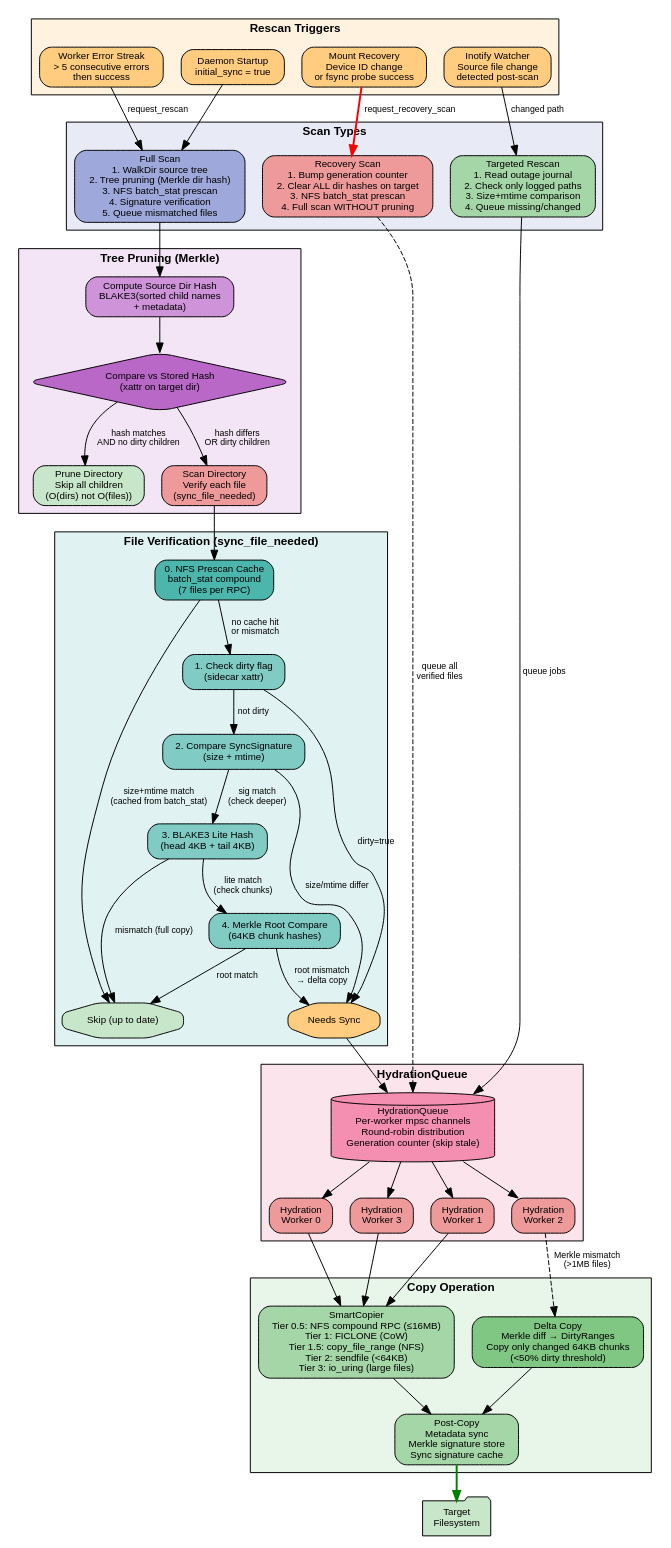
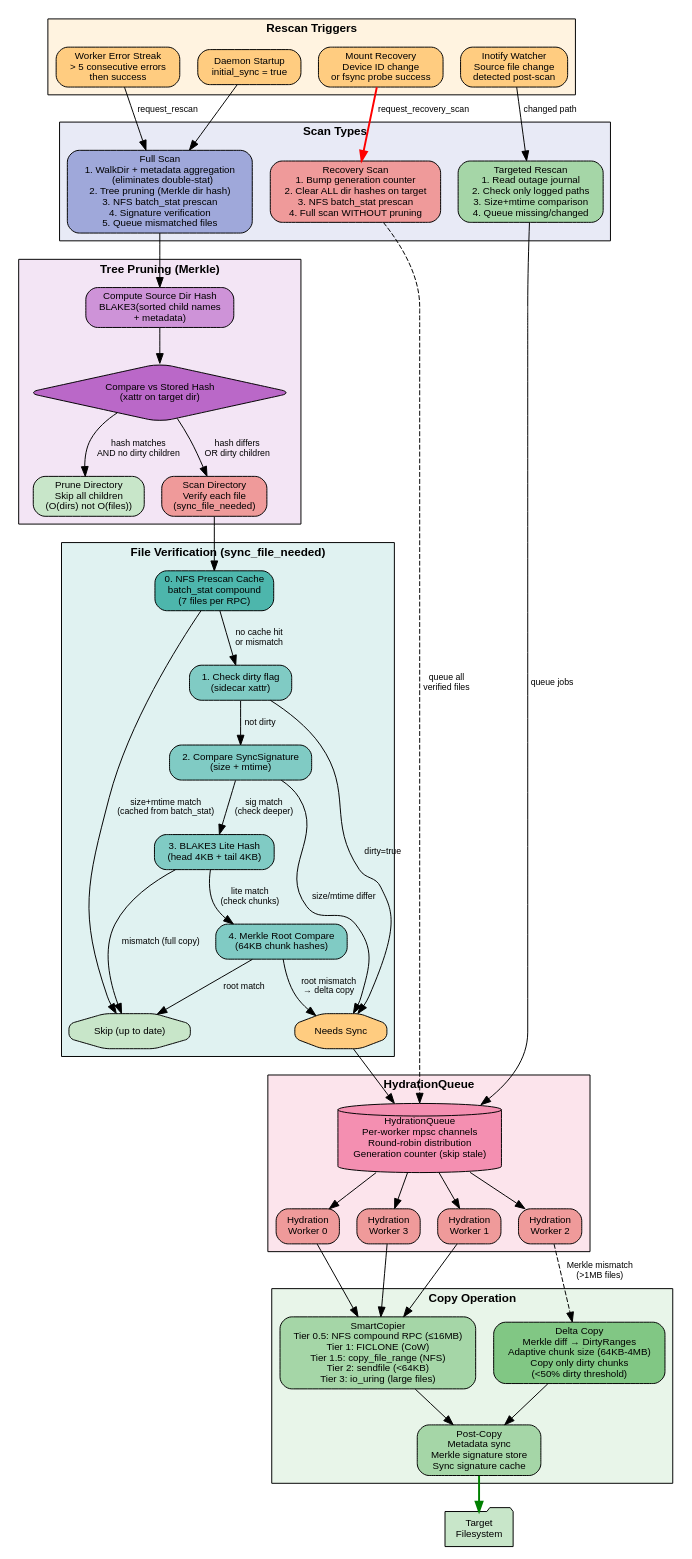
Before and after one commit to fluid-notion-labs/foxing: the diagram in docs/diagrams/hydration-pipeline.dot, drawn with Graphviz. The commit also changed 17 other files, not shown here.

First line of the commit message:
v0.6.0 docs: benchmark graphs, diagram updates, feature documentation

```diff
--- a/docs/diagrams/hydration-pipeline.dot
+++ b/docs/diagrams/hydration-pipeline.dot
@@ -1,125 +1,125 @@
 // foxingd Hydration & Recovery Pipeline
 // Generate: dot -Tsvg hydration-pipeline.dot -o hydration-pipeline.svg
 digraph hydration {
     rankdir=TB;
     compound=true;
     fontname="Helvetica";
     node [fontname="Helvetica", fontsize=10, shape=box, style="rounded,filled", fillcolor="#e8f4fd"];
     edge [fontname="Helvetica", fontsize=9];
 
     // Trigger sources
     subgraph cluster_triggers {
         label="Rescan Triggers";
         style="filled"; fillcolor="#fff3e0";
         fontsize=12; fontname="Helvetica-Bold";
 
         startup [label="Daemon Startup\ninitial_sync = true", fillcolor="#ffcc80"];
         mount_recovery [label="Mount Recovery\nDevice ID change\nor fsync probe success", fillcolor="#ffcc80"];
         error_streak [label="Worker Error Streak\n> 5 consecutive errors\nthen success", fillcolor="#ffcc80"];
         inotify [label="Inotify Watcher\nSource file change\ndetected post-scan", fillcolor="#ffcc80"];
     }
 
     // Scan types
     subgraph cluster_scans {
         label="Scan Types";
         style="filled"; fillcolor="#e8eaf6";
         fontsize=12; fontname="Helvetica-Bold";
 
-        full_scan [label="Full Scan\n1. WalkDir source tree\n2. Tree pruning (Merkle dir hash)\n3. NFS batch_stat prescan\n4. Signature verification\n5. Queue mismatched files", fillcolor="#9fa8da"];
+        full_scan [label="Full Scan\n1. WalkDir + metadata aggregation\n   (eliminates double-stat)\n2. Tree pruning (Merkle dir hash)\n3. NFS batch_stat prescan\n4. Signature verification\n5. Queue mismatched files", fillcolor="#9fa8da"];
         recovery [label="Recovery Scan\n1. Bump generation counter\n2. Clear ALL dir hashes on target\n3. NFS batch_stat prescan\n4. Full scan WITHOUT pruning", fillcolor="#ef9a9a"];
         targeted [label="Targeted Rescan\n1. Read outage journal\n2. Check only logged paths\n3. Size+mtime comparison\n4. Queue missing/changed", fillcolor="#a5d6a7"];
     }
 
     startup -> full_scan;
     mount_recovery -> recovery [label="request_recovery_scan", color=red, penwidth=2];
     error_streak -> full_scan [label="request_rescan"];
     inotify -> targeted [label="changed path"];
 
     // Tree pruning detail
     subgraph cluster_pruning {
         label="Tree Pruning (Merkle)";
         style="filled"; fillcolor="#f3e5f5";
         fontsize=12; fontname="Helvetica-Bold";
 
         compute_hash [label="Compute Source Dir Hash\nBLAKE3(sorted child names\n+ metadata)", fillcolor="#ce93d8"];
         compare_hash [label="Compare vs Stored Hash\n(xattr on target dir)", shape=diamond, fillcolor="#ba68c8"];
         prune [label="Prune Directory\nSkip all children\n(O(dirs) not O(files))", fillcolor="#c8e6c9"];
         scan_dir [label="Scan Directory\nVerify each file\n(sync_file_needed)", fillcolor="#ef9a9a"];
     }
 
     full_scan -> compute_hash;
     compute_hash -> compare_hash;
     compare_hash -> prune [label="hash matches\nAND no dirty children"];
     compare_hash -> scan_dir [label="hash differs\nOR dirty children"];
 
     // File verification
     subgraph cluster_verify {
         label="File Verification (sync_file_needed)";
         style="filled"; fillcolor="#e0f2f1";
         fontsize=12; fontname="Helvetica-Bold";
 
         nfs_prescan [label="0. NFS Prescan Cache\nbatch_stat compound\n(7 files per RPC)", fillcolor="#4db6ac"];
         check_dirty [label="1. Check dirty flag\n(sidecar xattr)", fillcolor="#80cbc4"];
         check_sig [label="2. Compare SyncSignature\n(size + mtime)", fillcolor="#80cbc4"];
         lite_hash [label="3. BLAKE3 Lite Hash\n(head 4KB + tail 4KB)", fillcolor="#80cbc4"];
         merkle_verify [label="4. Merkle Root Compare\n(64KB chunk hashes)", fillcolor="#80cbc4"];
         needs_sync [label="Needs Sync", shape=octagon, fillcolor="#ffcc80"];
         skip [label="Skip (up to date)", shape=octagon, fillcolor="#c8e6c9"];
     }
 
     scan_dir -> nfs_prescan;
     nfs_prescan -> skip [label="size+mtime match\n(cached from batch_stat)"];
     nfs_prescan -> check_dirty [label="no cache hit\nor mismatch"];
     check_dirty -> needs_sync [label="dirty=true"];
     check_dirty -> check_sig [label="not dirty"];
     check_sig -> needs_sync [label="size/mtime differ"];
     check_sig -> lite_hash [label="sig match\n(check deeper)"];
     lite_hash -> skip [label="mismatch (full copy)"];
     lite_hash -> merkle_verify [label="lite match\n(check chunks)"];
     merkle_verify -> needs_sync [label="root mismatch\n→ delta copy"];
     merkle_verify -> skip [label="root match"];
 
     // Hydration queue
     subgraph cluster_queue {
         label="HydrationQueue";
         style="filled"; fillcolor="#fce4ec";
         fontsize=12; fontname="Helvetica-Bold";
 
         queue [label="HydrationQueue\nPer-worker mpsc channels\nRound-robin distribution\nGeneration counter (skip stale)", shape=cylinder, fillcolor="#f48fb1"];
         hw0 [label="Hydration\nWorker 0", fillcolor="#ef9a9a"];
         hw1 [label="Hydration\nWorker 1", fillcolor="#ef9a9a"];
         hw2 [label="Hydration\nWorker 2", fillcolor="#ef9a9a"];
         hw3 [label="Hydration\nWorker 3", fillcolor="#ef9a9a"];
     }
 
     needs_sync -> queue;
     targeted -> queue [label="queue jobs"];
     recovery -> queue [label="queue all\nverified files", style=dashed];
 
     queue -> hw0;
     queue -> hw1;
     queue -> hw2;
     queue -> hw3;
 
     // Copy operation
     subgraph cluster_copy {
         label="Copy Operation";
         style="filled"; fillcolor="#e8f5e9";
         fontsize=12; fontname="Helvetica-Bold";
 
         smart_copy [label="SmartCopier\nTier 0.5: NFS compound RPC (≤16MB)\nTier 1: FICLONE (CoW)\nTier 1.5: copy_file_range (NFS)\nTier 2: sendfile (<64KB)\nTier 3: io_uring (large files)", fillcolor="#a5d6a7"];
-        delta_copy [label="Delta Copy\nMerkle diff → DirtyRanges\nCopy only changed 64KB chunks\n(<50% dirty threshold)", fillcolor="#81c784"];
+        delta_copy [label="Delta Copy\nMerkle diff → DirtyRanges\nAdaptive chunk size (64KB-4MB)\nCopy only dirty chunks\n(<50% dirty threshold)", fillcolor="#81c784"];
         postcopy [label="Post-Copy\nMetadata sync\nMerkle signature store\nSync signature cache", fillcolor="#a5d6a7"];
     }
 
     hw0 -> smart_copy;
     hw1 -> smart_copy;
     hw2 -> delta_copy [label="Merkle mismatch\n(>1MB files)", style=dashed];
     hw3 -> smart_copy;
 
     target [label="Target\nFilesystem", shape=folder, fillcolor="#c8e6c9"];
 
     smart_copy -> postcopy;
     delta_copy -> postcopy;
     postcopy -> target [color=green, penwidth=2];
 }
```
